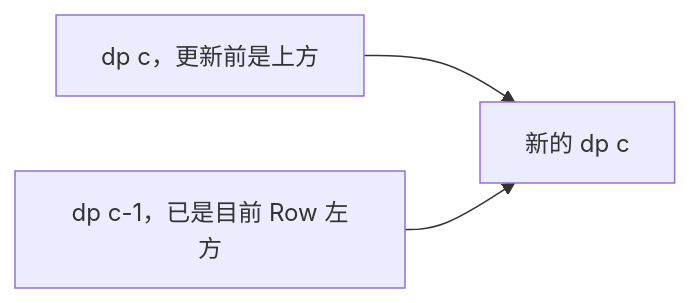
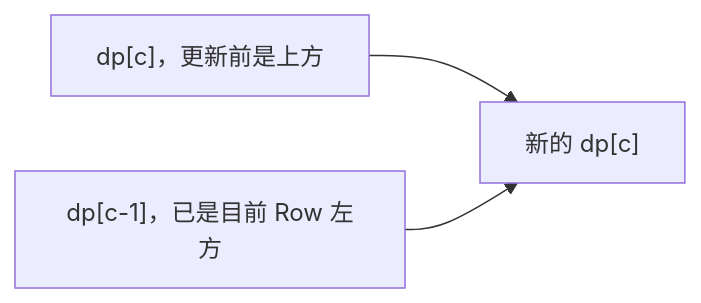
The eighth of 10 diagrams in 09_dynamic_programming/39_grid_dp.md (davidchen0970/algorithm_note), drawn with Mermaid before and after one commit. The commit also changed other lines of this file, not shown here.

````diff
--- a/09_dynamic_programming/39_grid_dp.md
+++ b/09_dynamic_programming/39_grid_dp.md
@@ -277,5 +533,5 @@
 ```mermaid
 flowchart LR
-    U[dp c，更新前是上方] --> N[新的 dp c]
-    L[dp c-1，已是目前 Row 左方] --> N
+    U["dp[c]，更新前是上方"] --> N["新的 dp[c]"]
+    L["dp[c-1]，已是目前 Row 左方"] --> N
 ```
````
